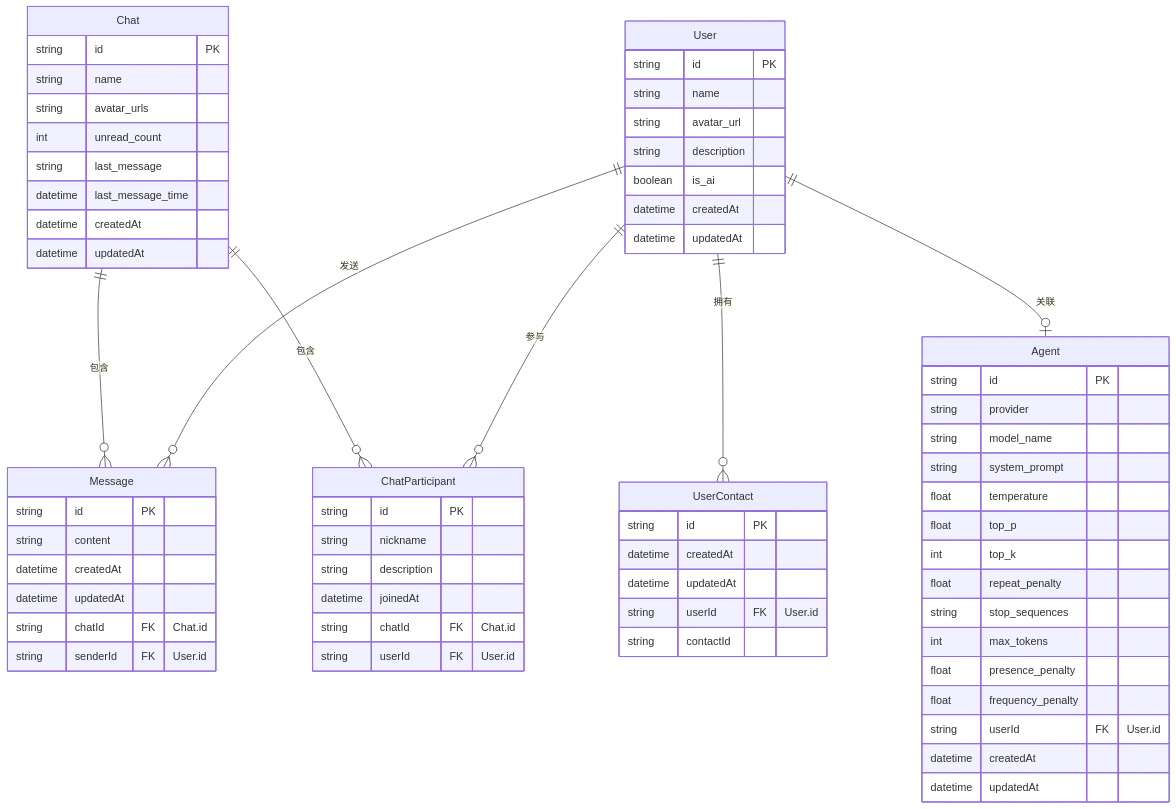
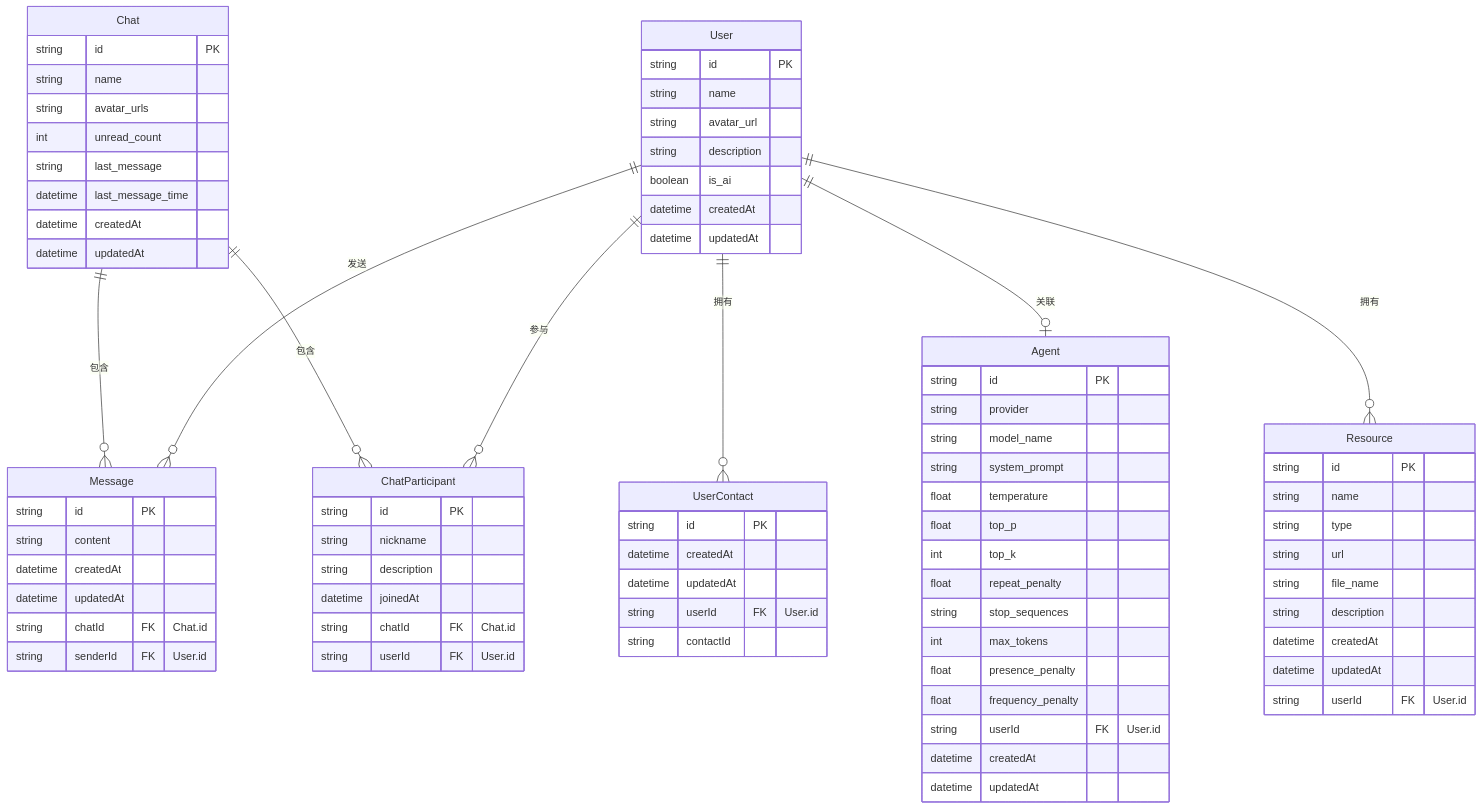
Before and after one commit to guixin-ai/guixin: the first of 2 diagrams in apps/client/src-tauri/prisma/schema.md, drawn with Mermaid. The commit also changed other lines of this file and 21 other files, not shown here.

```diff
--- a/apps/client/src-tauri/prisma/schema.md
+++ b/apps/client/src-tauri/prisma/schema.md
@@ -10,6 +10,7 @@
     User ||--o{ ChatParticipant : "参与"
     User ||--o{ UserContact : "拥有"
     User ||--o| Agent : "关联"
+    User ||--o{ Resource : "拥有"
     Chat ||--o{ ChatParticipant : "包含"
     Chat ||--o{ Message : "包含"
 
@@ -49,6 +50,18 @@
         string contactId
     }
 
+    Resource {
+        string id PK
+        string name
+        string type
+        string url
+        string file_name
+        string description
+        datetime createdAt
+        datetime updatedAt
+        string userId FK "User.id"
+    }
+
     Chat {
         string id PK
         string name
```
